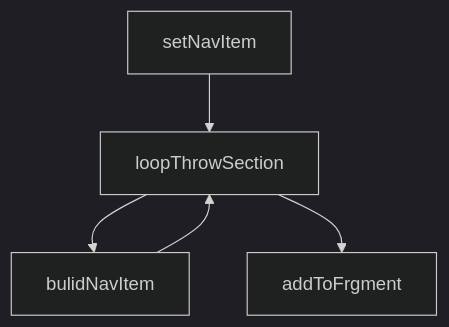
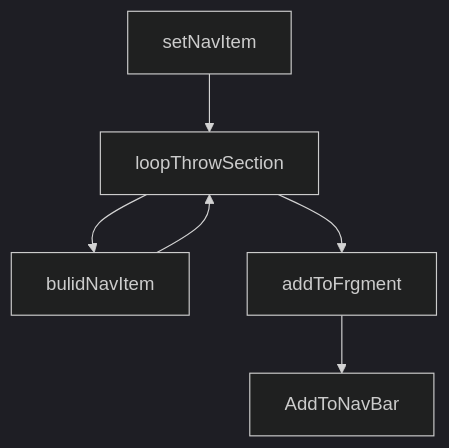
Before and after one commit to Ftohtarek/Udacity-Project: the diagram in Quiz/README.MD, drawn with Mermaid (dark theme). The commit also changed other lines of this file, not shown here.

````diff
--- a/Quiz/README.MD
+++ b/Quiz/README.MD
@@ -34,7 +34,8 @@
     ```mermaid
     graph TD;
         setNavItem-->loopThrowSection;
         loopThrowSection-->bulidNavItem;
         bulidNavItem-->loopThrowSection;
         loopThrowSection-->addToFrgment;
+        addToFrgment-->AddToNavBar;
     ```
````
